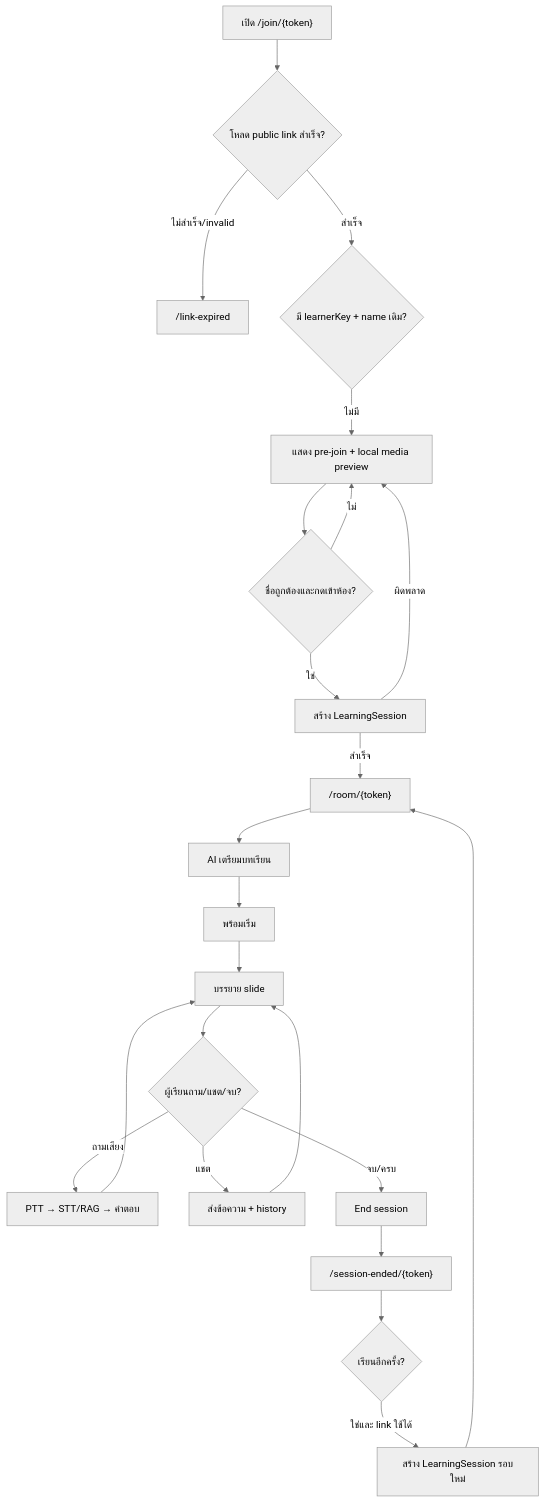
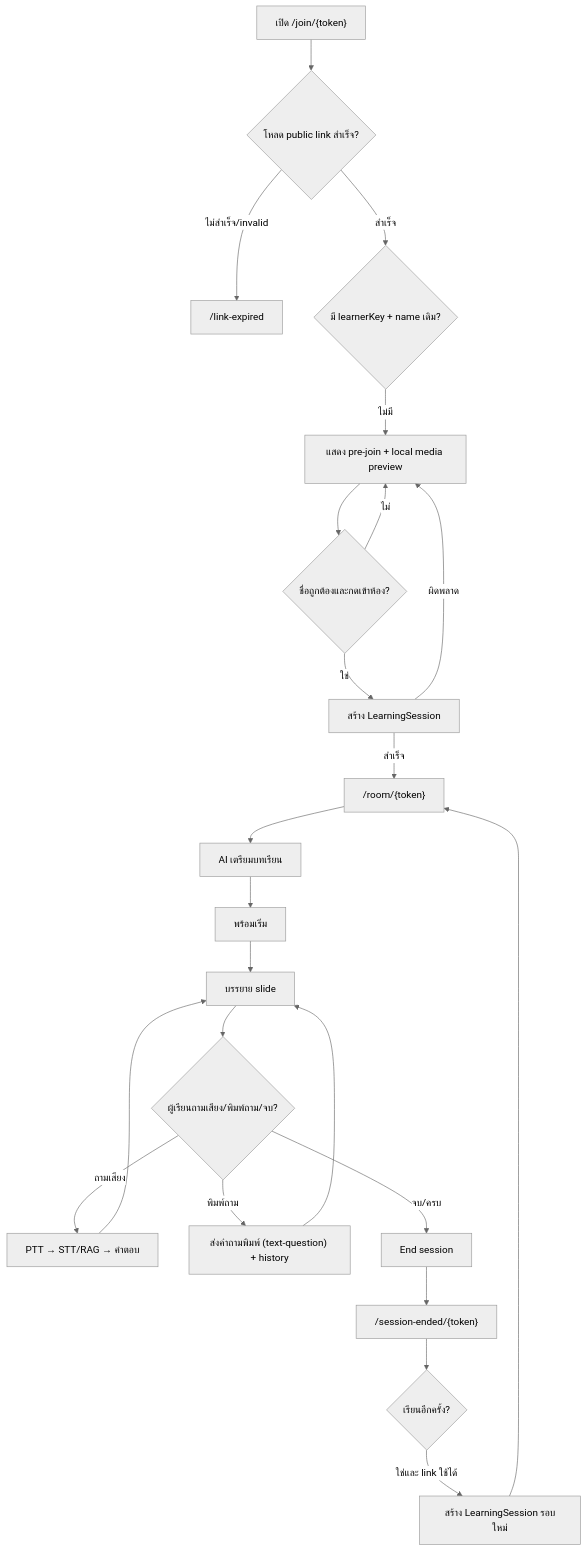
One commit to Sathaporn24/sb_supportroom changed the first of 10 diagrams in docs/UX_UI_WORKFLOWS.md. Above: the diagram before and after it, drawn with Mermaid (neutral theme). The commit also changed other lines of this file and 183 other files, not shown here.

````diff
--- a/docs/UX_UI_WORKFLOWS.md
+++ b/docs/UX_UI_WORKFLOWS.md
@@ -8,25 +8,25 @@
 ```mermaid
 flowchart TD
     A["เปิด /join/{token}"] --> B{"โหลด public link สำเร็จ?"}
     B -- "ไม่สำเร็จ/invalid" --> X["/link-expired"]
     B -- "สำเร็จ" --> C{"มี learnerKey + name เดิม?"}
     C -- "ไม่มี" --> D["แสดง pre-join + local media preview"]
     D --> E{"ชื่อถูกต้องและกดเข้าห้อง?"}
     E -- "ไม่" --> D
     E -- "ใช่" --> F["สร้าง LearningSession"]
     F -- "ผิดพลาด" --> D
     F -- "สำเร็จ" --> G["/room/{token}"]
     G --> H["AI เตรียมบทเรียน"]
     H --> I["พร้อมเริ่ม"]
     I --> J["บรรยาย slide"]
-    J --> K{"ผู้เรียนถาม/แชต/จบ?"}
+    J --> K{"ผู้เรียนถามเสียง/พิมพ์ถาม/จบ?"}
     K -- "ถามเสียง" --> L["PTT → STT/RAG → คำตอบ"]
     L --> J
-    K -- "แชต" --> M["ส่งข้อความ + history"]
+    K -- "พิมพ์ถาม" --> M["ส่งคำถามพิมพ์ (text-question) + history"]
     M --> J
     K -- "จบ/ครบ" --> N["End session"]
     N --> O["/session-ended/{token}"]
     O --> P{"เรียนอีกครั้ง?"}
     P -- "ใช่และ link ใช้ได้" --> Q["สร้าง LearningSession รอบใหม่"]
     Q --> G
 ```
````
